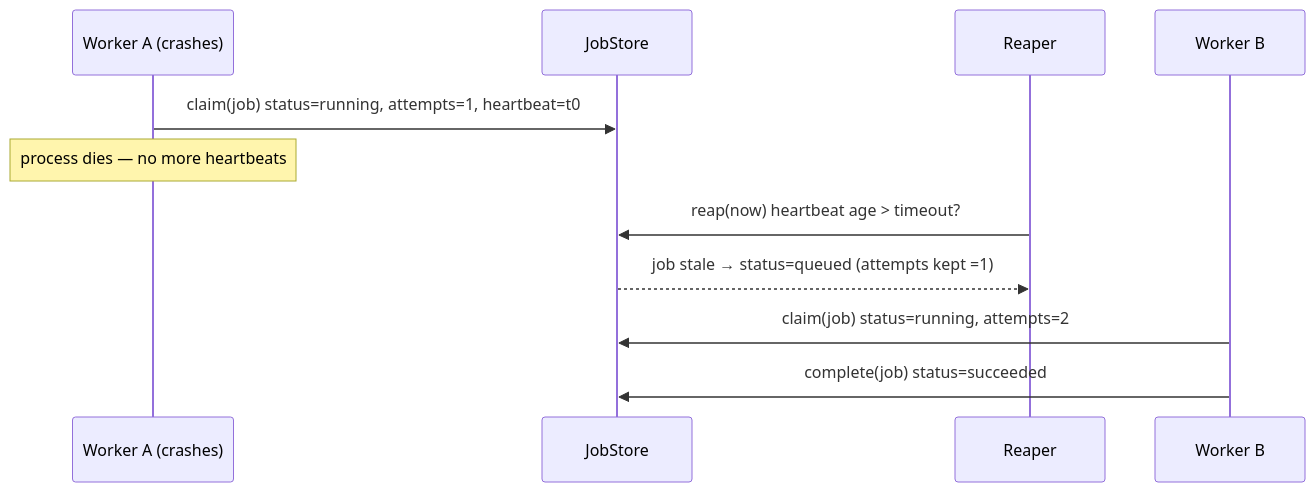
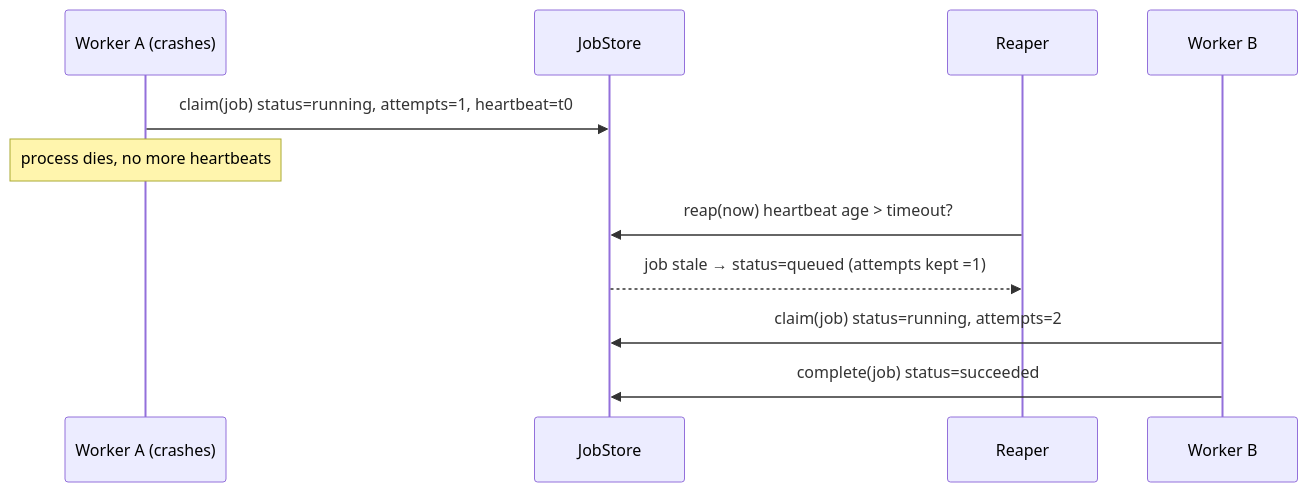
One commit to Urthella/job-queue-orchestrator changed the third of 4 diagrams in README.md. Above: the diagram before and after it, drawn with Mermaid. The commit also changed other lines of this file, not shown here.

````diff
--- a/README.md
+++ b/README.md
@@ -269,13 +269,13 @@
 ```mermaid
 sequenceDiagram
     participant W1 as Worker A (crashes)
     participant DB as JobStore
     participant R as Reaper
     participant W2 as Worker B
     W1->>DB: claim(job)  status=running, attempts=1, heartbeat=t0
-    Note over W1: process dies — no more heartbeats
+    Note over W1: process dies, no more heartbeats
     R->>DB: reap(now)  heartbeat age > timeout?
     DB-->>R: job stale → status=queued (attempts kept =1)
     W2->>DB: claim(job)  status=running, attempts=2
     W2->>DB: complete(job)  status=succeeded
 ```
````
